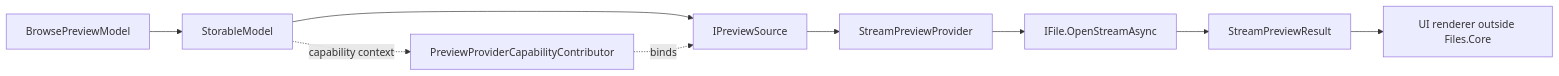
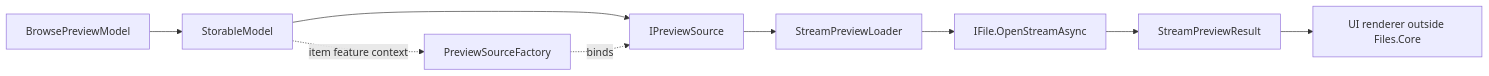
Before and after one commit to 0x5bfa/Files: the second of 3 diagrams in docs/architecture/previews.md, drawn with Mermaid. The commit also changed other lines of this file and 260 other files, not shown here.

Commit message:
Simplify Files.Core architecture terminology

````diff
--- a/docs/architecture/previews.md
+++ b/docs/architecture/previews.md
@@ -38,11 +38,11 @@
 ```mermaid
 flowchart LR
     Browse["BrowsePreviewModel"] --> Model["StorableModel"]
-    Model --> Source["IPreviewSource"]
-    Source --> Provider["StreamPreviewProvider"]
-    Model -. capability context .-> Contributor["PreviewProviderCapabilityContributor"]
-    Contributor -. binds .-> Source
-    Provider --> File["IFile.OpenStreamAsync"]
+    Model --> ItemSource["IPreviewSource"]
+    ItemSource --> Loader["StreamPreviewLoader"]
+    Model -. item feature context .-> Factory["PreviewSourceFactory"]
+    Factory -. binds .-> ItemSource
+    Loader --> File["IFile.OpenStreamAsync"]
     File --> Result["StreamPreviewResult"]
     Result --> Renderer["UI renderer outside Files.Core"]
 ```
````
